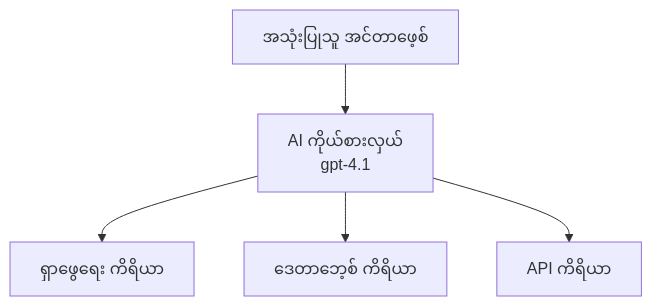
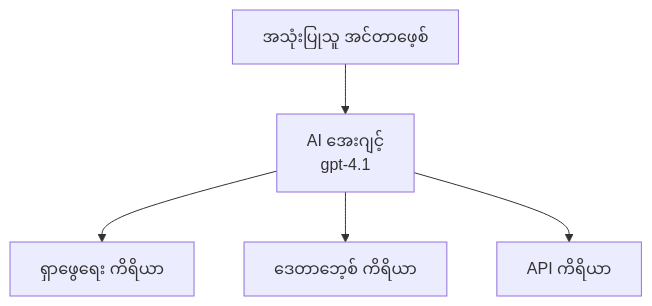
The first of 3 diagrams in translations/my/docs/chapter-02-ai-development/agents.md (microsoft/AZD-for-beginners), drawn with Mermaid before and after one commit. The commit also changed other lines of this file and 59 other files, not shown here.

````diff
--- a/translations/my/docs/chapter-02-ai-development/agents.md
+++ b/translations/my/docs/chapter-02-ai-development/agents.md
@@ -162,7 +162,7 @@
 ```mermaid
 graph TD
-    UI[အသုံးပြုသူ အင်တာဖေ့စ်] --> Agent[AI ကိုယ်စားလှယ်<br/>gpt-4.1]
+    UI[အသုံးပြုသူ အင်တာဖေ့စ်] --> Agent[AI အေးဂျင့်<br/>gpt-4.1]
     Agent --> Search[ရှာဖွေရေး ကိရိယာ]
     Agent --> Database[ဒေတာဘေ့စ် ကိရိယာ]
     Agent --> API[API ကိရိယာ]
 ```
````
